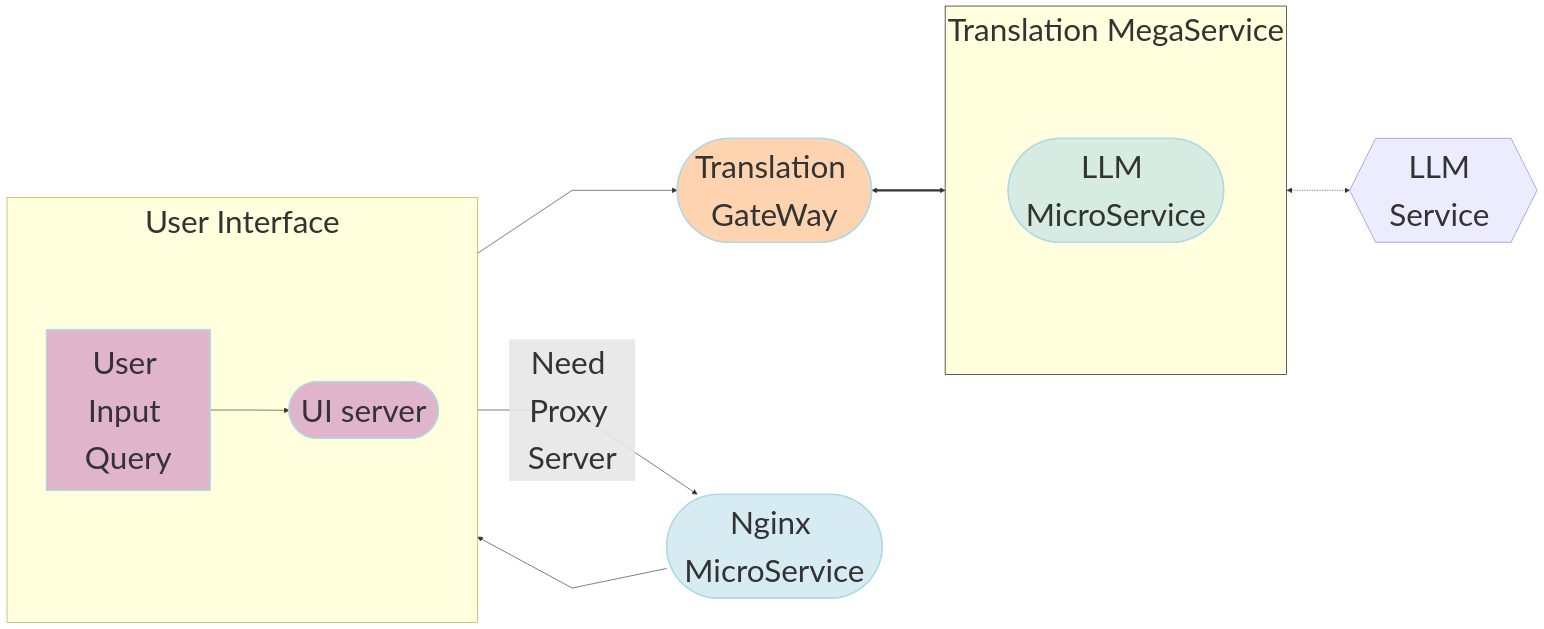
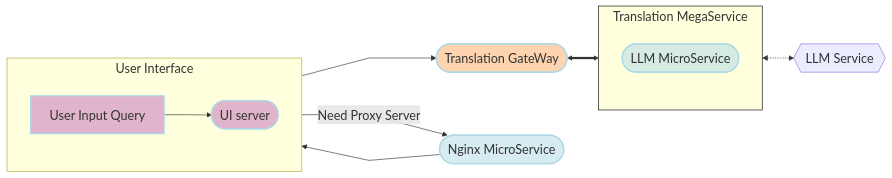
The diagram in opea-comps/mega-service/translation/README.md (VCharrua/free-genai-bootcamp-2025), drawn with Mermaid before and after one commit. The commit also changed other lines of this file and 5 other files, not shown here.

````diff
--- a/opea-comps/mega-service/translation/README.md
+++ b/opea-comps/mega-service/translation/README.md
@@ -11,49 +12,48 @@
 ```mermaid
 ---
 config:
   flowchart:
-    nodeSpacing: 400
-    rankSpacing: 100
+    nodeSpacing: 100
     curve: linear
   themeVariables:
-    fontSize: 50px
+    fontSize: 20px
 ---
 flowchart LR
     %% Colors %%
     classDef blue fill:#ADD8E6,stroke:#ADD8E6,stroke-width:2px,fill-opacity:0.5
     classDef orange fill:#FBAA60,stroke:#ADD8E6,stroke-width:2px,fill-opacity:0.5
     classDef orchid fill:#C26DBC,stroke:#ADD8E6,stroke-width:2px,fill-opacity:0.5
     classDef invisible fill:transparent,stroke:transparent;
     style Translation-MegaService stroke:#000000
 
     %% Subgraphs %%
     subgraph Translation-MegaService["Translation MegaService "]
         direction LR
         LLM([LLM MicroService]):::blue
     end
     subgraph UserInterface[" User Interface "]
         direction LR
         a([User Input Query]):::orchid
         UI([UI server<br>]):::orchid
     end
 
 
     LLM_gen{{LLM Service <br>}}
     GW([Translation GateWay<br>]):::orange
     NG([Nginx MicroService]):::blue
 
 
     %% Questions interaction
     direction LR
     a[User Input Query] --> UI
     a[User Input Query] --> |Need Proxy Server|NG
     NG --> UI
     UI --> GW
     GW <==> Translation-MegaService
 
 
     %% Embedding service flow
     direction LR
     LLM <-.-> LLM_gen
 
 ```
````
